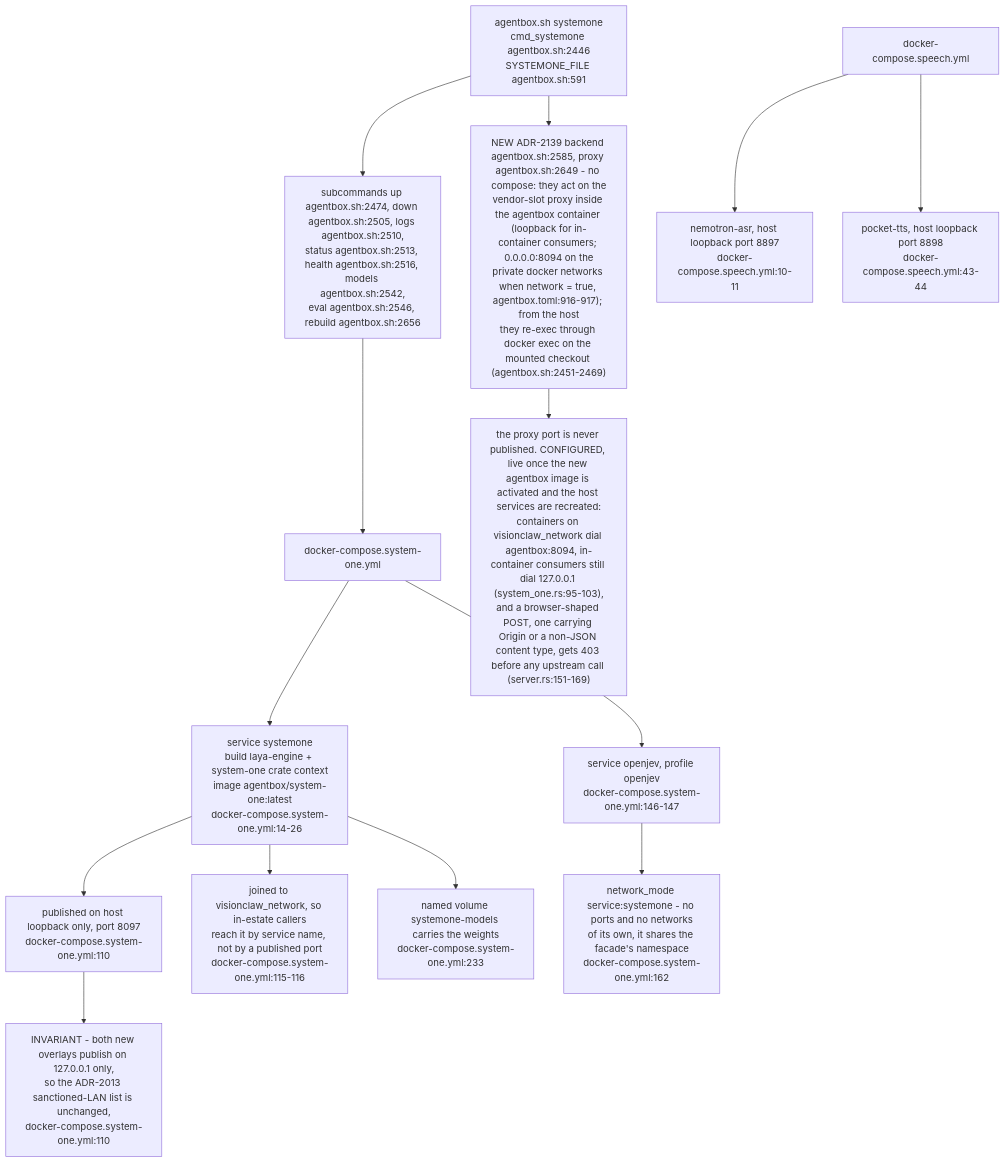
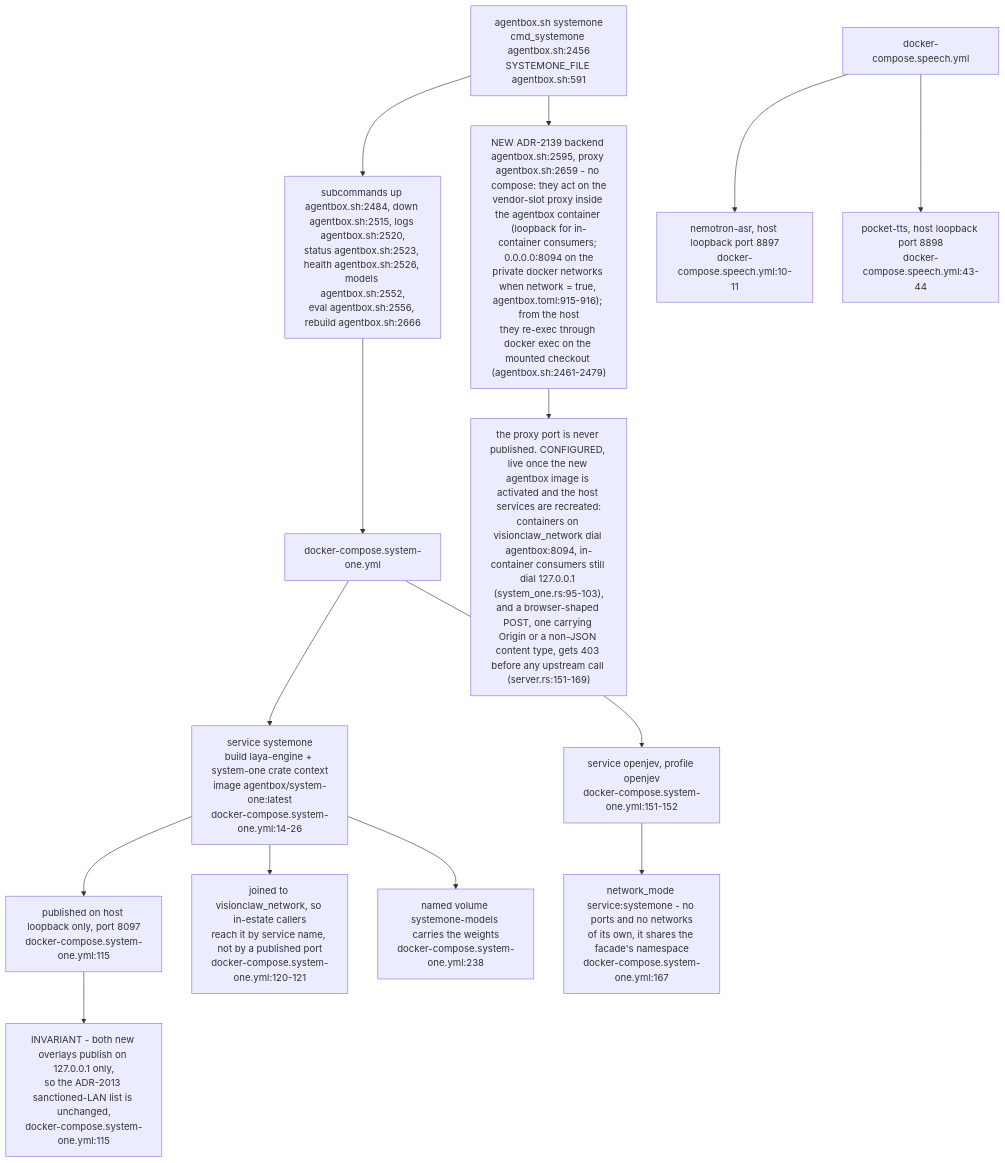
Before and after one commit to DreamLab-AI/VisionFlow: the tenth of 14 diagrams in docs/diagrams/agentbox/06-sidecars-and-compose-overlays.md, drawn with Mermaid. The commit also changed other lines of this file, not shown here.

````diff
--- a/docs/diagrams/agentbox/06-sidecars-and-compose-overlays.md
+++ b/docs/diagrams/agentbox/06-sidecars-and-compose-overlays.md
@@ -298,20 +312,20 @@
 ```mermaid
 flowchart TB
-    CLI["agentbox.sh systemone<br/>cmd_systemone agentbox.sh:2446<br/>SYSTEMONE_FILE agentbox.sh:591"] --> SUB["subcommands up agentbox.sh:2474, down agentbox.sh:2505, logs agentbox.sh:2510,<br/>status agentbox.sh:2513, health agentbox.sh:2516, models agentbox.sh:2542,<br/>eval agentbox.sh:2546, rebuild agentbox.sh:2656"]
-    CLI --> VEND["NEW ADR-2139 backend agentbox.sh:2585, proxy agentbox.sh:2649 - no compose: they act on the<br/>vendor-slot proxy inside the agentbox container (loopback for in-container consumers; 0.0.0.0:8094 on the<br/>private docker networks when network = true, agentbox.toml:916-917); from the host<br/>they re-exec through docker exec on the mounted checkout (agentbox.sh:2451-2469)"]
+    CLI["agentbox.sh systemone<br/>cmd_systemone agentbox.sh:2456<br/>SYSTEMONE_FILE agentbox.sh:591"] --> SUB["subcommands up agentbox.sh:2484, down agentbox.sh:2515, logs agentbox.sh:2520,<br/>status agentbox.sh:2523, health agentbox.sh:2526, models agentbox.sh:2552,<br/>eval agentbox.sh:2556, rebuild agentbox.sh:2666"]
+    CLI --> VEND["NEW ADR-2139 backend agentbox.sh:2595, proxy agentbox.sh:2659 - no compose: they act on the<br/>vendor-slot proxy inside the agentbox container (loopback for in-container consumers; 0.0.0.0:8094 on the<br/>private docker networks when network = true, agentbox.toml:915-916); from the host<br/>they re-exec through docker exec on the mounted checkout (agentbox.sh:2461-2479)"]
     SUB --> COMPOSE["docker-compose.system-one.yml"]
 
     COMPOSE --> FACADE["service systemone<br/>build laya-engine + system-one crate context<br/>image agentbox/system-one:latest<br/>docker-compose.system-one.yml:14-26"]
-    FACADE --> PUB["published on host loopback only, port 8097<br/>docker-compose.system-one.yml:110"]
-    FACADE --> NET["joined to visionclaw_network, so in-estate callers<br/>reach it by service name, not by a published port<br/>docker-compose.system-one.yml:115-116"]
-    FACADE --> VOL["named volume systemone-models carries the weights<br/>docker-compose.system-one.yml:233"]
+    FACADE --> PUB["published on host loopback only, port 8097<br/>docker-compose.system-one.yml:115"]
+    FACADE --> NET["joined to visionclaw_network, so in-estate callers<br/>reach it by service name, not by a published port<br/>docker-compose.system-one.yml:120-121"]
+    FACADE --> VOL["named volume systemone-models carries the weights<br/>docker-compose.system-one.yml:238"]
 
-    COMPOSE --> ENGINE["service openjev, profile openjev<br/>docker-compose.system-one.yml:146-147"]
-    ENGINE --> NM["network_mode service:systemone - no ports and no networks<br/>of its own, it shares the facade's namespace<br/>docker-compose.system-one.yml:162"]
+    COMPOSE --> ENGINE["service openjev, profile openjev<br/>docker-compose.system-one.yml:151-152"]
+    ENGINE --> NM["network_mode service:systemone - no ports and no networks<br/>of its own, it shares the facade's namespace<br/>docker-compose.system-one.yml:167"]
 
     SPEECH["docker-compose.speech.yml"] --> ASR["nemotron-asr, host loopback port 8897<br/>docker-compose.speech.yml:10-11"]
     SPEECH --> TTS["pocket-tts, host loopback port 8898<br/>docker-compose.speech.yml:43-44"]
 
-    PUB --> INV["INVARIANT - both new overlays publish on 127.0.0.1 only,<br/>so the ADR-2013 sanctioned-LAN list is unchanged,<br/>docker-compose.system-one.yml:110"]
+    PUB --> INV["INVARIANT - both new overlays publish on 127.0.0.1 only,<br/>so the ADR-2013 sanctioned-LAN list is unchanged,<br/>docker-compose.system-one.yml:115"]
     VEND --> PNET["the proxy port is never published. CONFIGURED, live once the new agentbox image is activated and the host services are recreated:<br/>containers on visionclaw_network dial agentbox:8094, in-container consumers still dial 127.0.0.1 (system_one.rs:95-103),<br/>and a browser-shaped POST, one carrying Origin or a non-JSON content type, gets 403 before any upstream call (server.rs:151-169)"]
 ```
````
